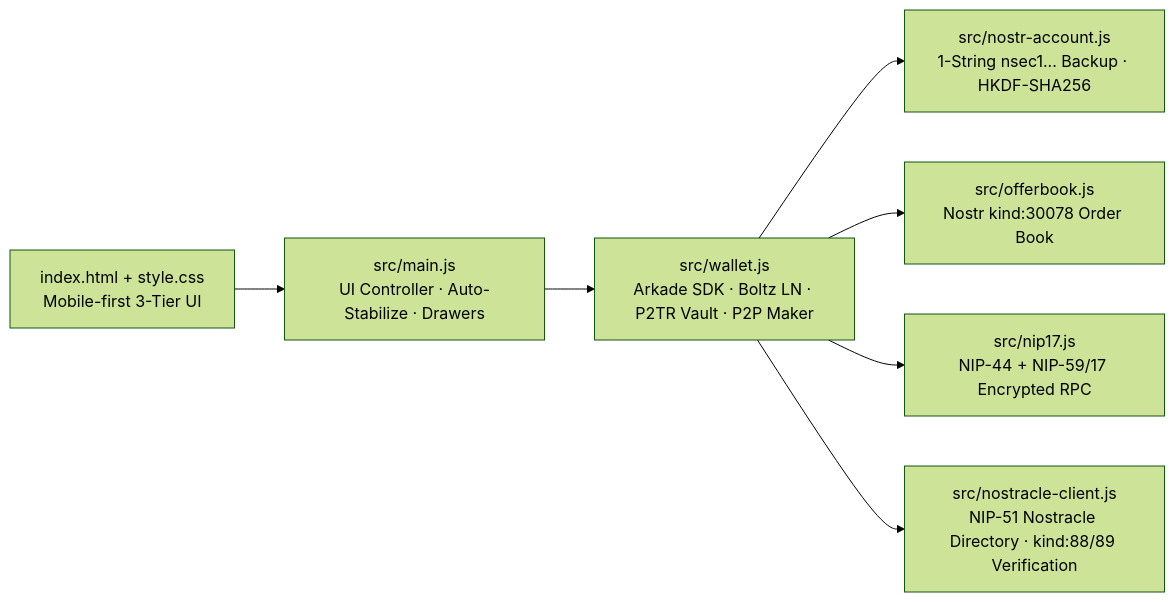
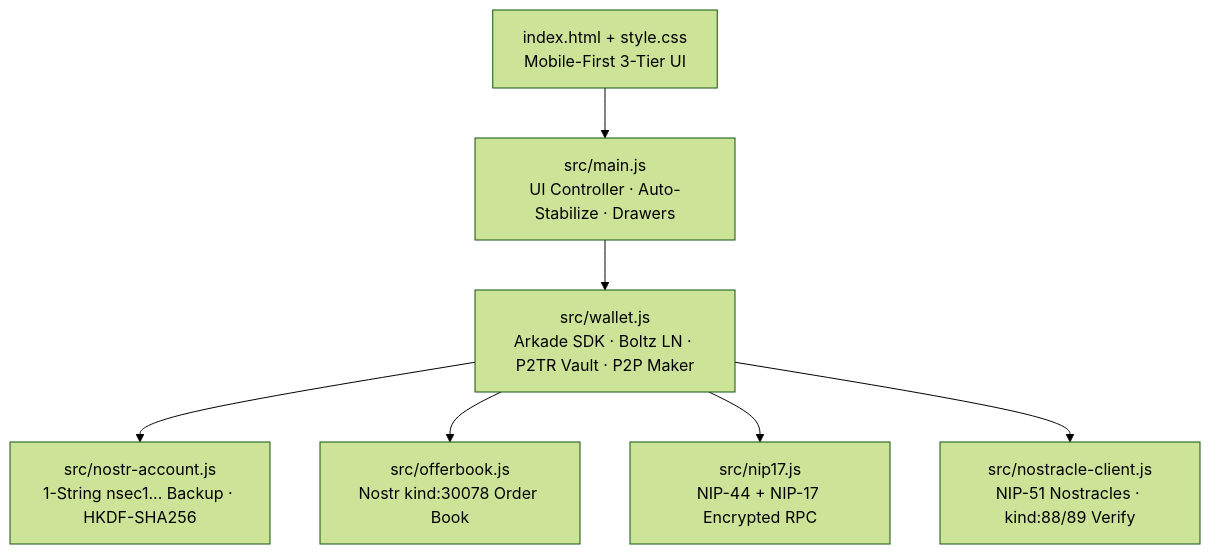
One commit to p2pfiat/p2pFiat changed the diagram in mvp/web/README.md. Above: the diagram before and after it, drawn with Mermaid (forest theme). The commit also changed 1 other file, not shown here.

Commit message:
Improve README architecture diagrams readability and refine tagline

````diff
--- a/mvp/web/README.md
+++ b/mvp/web/README.md
@@ -12,9 +12,9 @@
 ```mermaid
-flowchart LR
-    HTML["index.html + style.css<br/>Mobile-first 3-Tier UI"] --> Main["src/main.js<br/>UI Controller · Auto-Stabilize · Drawers"]
+flowchart TD
+    HTML["index.html + style.css<br/>Mobile-First 3-Tier UI"] --> Main["src/main.js<br/>UI Controller · Auto-Stabilize · Drawers"]
     Main --> Wallet["src/wallet.js<br/>Arkade SDK · Boltz LN · P2TR Vault · P2P Maker"]
     Wallet --> Account["src/nostr-account.js<br/>1-String nsec1... Backup · HKDF-SHA256"]
     Wallet --> OB["src/offerbook.js<br/>Nostr kind:30078 Order Book"]
-    Wallet --> NIP17["src/nip17.js<br/>NIP-44 + NIP-59/17 Encrypted RPC"]
-    Wallet --> Nostracle["src/nostracle-client.js<br/>NIP-51 Nostracle Directory · kind:88/89 Verification"]
+    Wallet --> NIP17["src/nip17.js<br/>NIP-44 + NIP-17 Encrypted RPC"]
+    Wallet --> Nostracle["src/nostracle-client.js<br/>NIP-51 Nostracles · kind:88/89 Verify"]
 ```
````
